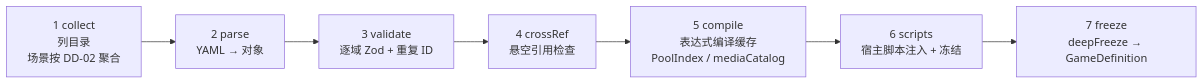
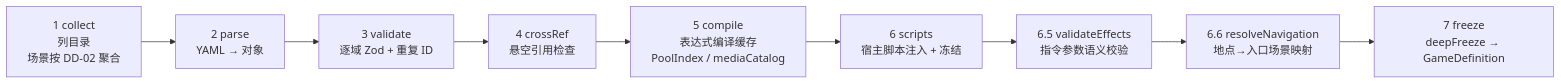
The fifth of 7 diagrams in docs/architecture.md (LeHon-HCl/textBasedRPGGameEngine), drawn with Mermaid before and after one commit. The commit also changed other lines of this file and 34 other files, not shown here.

First line of the commit message:
feat(engine): 地点→场景导航映射（FR-XPLR-02）+ 区域解锁写入口 + 地图只显示已解锁

````diff
--- a/docs/architecture.md
+++ b/docs/architecture.md
@@ -219,9 +219,11 @@
 ```mermaid
 flowchart LR
   P1["1 collect<br/>列目录<br/>场景按 DD-02 聚合"] --> P2["2 parse<br/>YAML → 对象"]
   P2 --> P3["3 validate<br/>逐域 Zod + 重复 ID"]
   P3 --> P4["4 crossRef<br/>悬空引用检查"]
   P4 --> P5["5 compile<br/>表达式编译缓存<br/>PoolIndex / mediaCatalog"]
   P5 --> P6["6 scripts<br/>宿主脚本注入 + 冻结"]
-  P6 --> P7["7 freeze<br/>deepFreeze → GameDefinition"]
+  P6 --> P65["6.5 validateEffects<br/>指令参数语义校验"]
+  P65 --> P66["6.6 resolveNavigation<br/>地点→入口场景映射"]
+  P66 --> P7["7 freeze<br/>deepFreeze → GameDefinition"]
 ```
````
